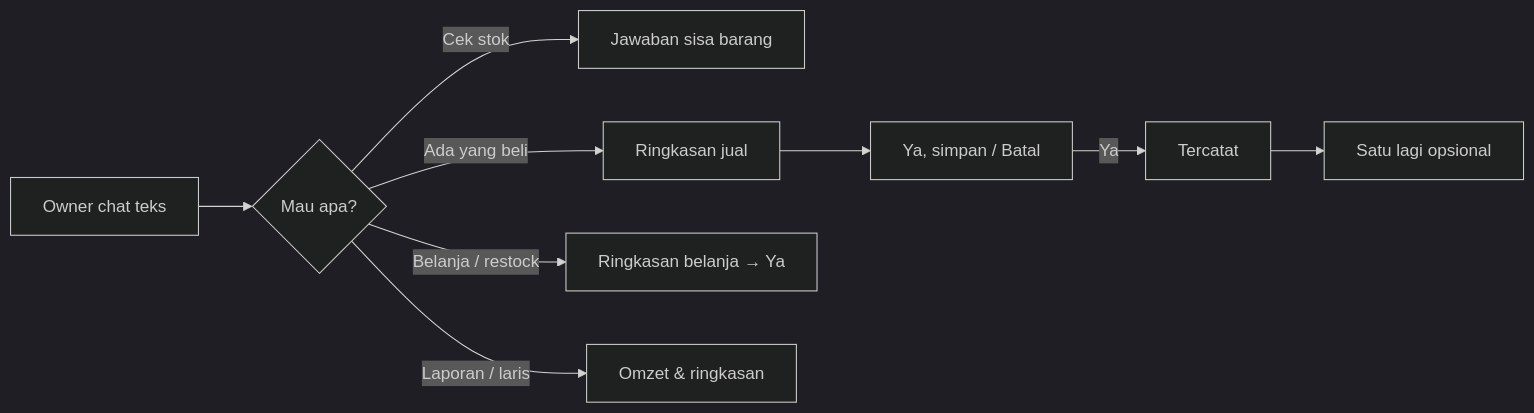
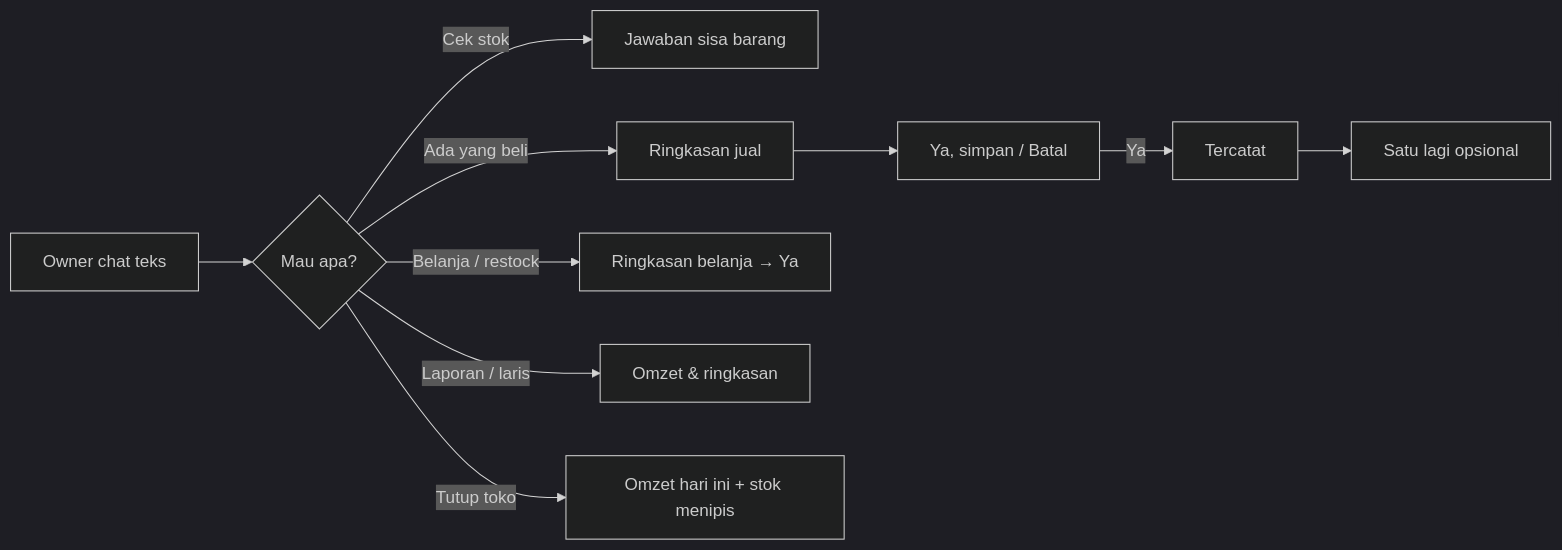
One commit to nusantarasoft/juragan-aibuilder-cup changed the diagram in diagrams/aistudio/umkm-wa/business/L0b-kasir-harian.mmd. Above: the diagram before and after it, drawn with Mermaid (dark theme). The commit also changed 26 other files, not shown here.

First line of the commit message:
docs(umkm-wa): sync ladder diagrams and require docs with code changes

```diff
--- a/diagrams/aistudio/umkm-wa/business/L0b-kasir-harian.mmd
+++ b/diagrams/aistudio/umkm-wa/business/L0b-kasir-harian.mmd
@@ -1,10 +1,11 @@
 %% Owner daily ritual after Approve (sales / pitch — no eng jargon)
 flowchart LR
   A[Owner chat teks] --> B{Mau apa?}
   B -->|Cek stok| C[Jawaban sisa barang]
   B -->|Ada yang beli| D[Ringkasan jual]
   D --> E[Ya, simpan / Batal]
   E -->|Ya| F[Tercatat]
   F --> G[Satu lagi opsional]
   B -->|Belanja / restock| H[Ringkasan belanja → Ya]
   B -->|Laporan / laris| I[Omzet & ringkasan]
+  B -->|Tutup toko| J[Omzet hari ini + stok menipis]
```
